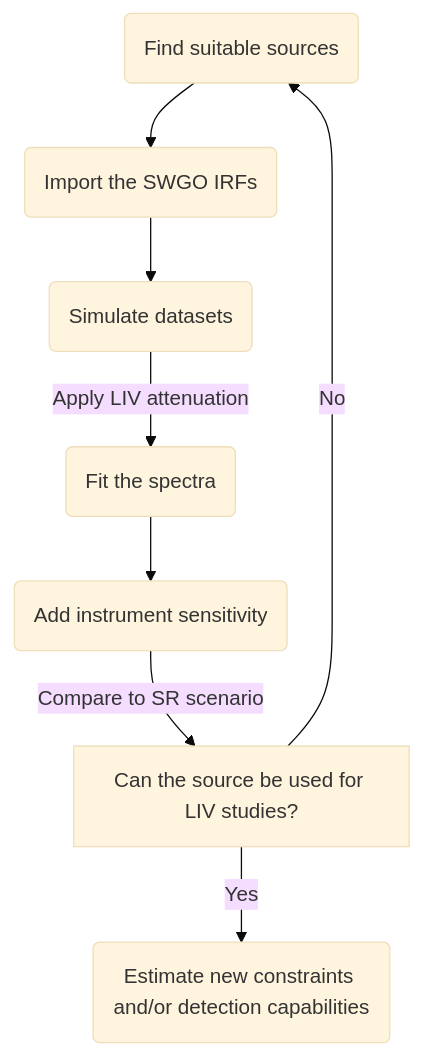
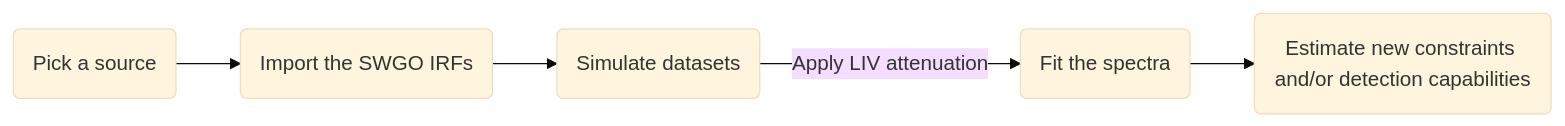
The diagram in docs/projects.md (filiprescic/filiprescic.github.io), drawn with Mermaid (base theme) before and after one commit. The commit also changed 3 other files, not shown here.

````diff
--- a/docs/projects.md
+++ b/docs/projects.md
@@ -43,10 +43,7 @@
 ```mermaid
-graph TD
-    A(Find suitable sources) -->B(Import the SWGO IRFs)
+graph LR
+    A(Pick a source) -->B(Import the SWGO IRFs)
     B --> C(Simulate datasets)
     C --> |Apply LIV attenuation|D(Fit the spectra)
-    D --> F(Add instrument sensitivity)
-    F --> |Compare to SR scenario|E[Can the source be used for LIV studies?]
-    E --> |No|A
-    E --> |Yes|G(Estimate new constraints and/or detection capabilities)
+    D --> E(Estimate new constraints and/or detection capabilities)
 ```
````
